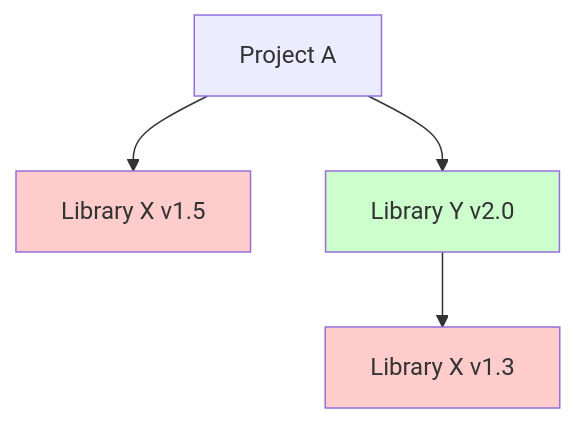
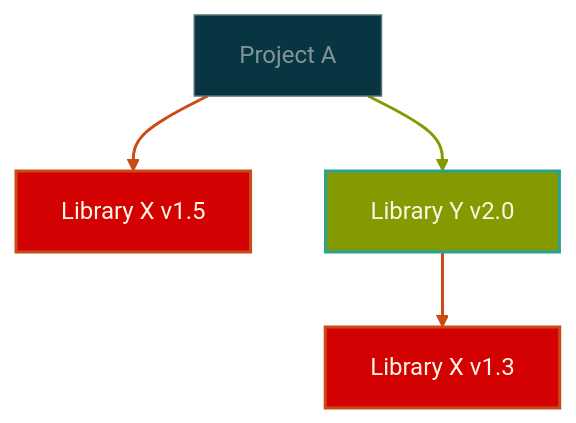
Before and after one commit to XIYO/en-us.posts: the diagram in posts/development/practices/semantic-versioning-evolution-and-philosophy.md, drawn with Mermaid.

Commit message:
feat: apply Solarized colors to Mermaid diagrams
- Use Solarized color scheme for better visibility
- Define custom styles for conflict/success/default states
- Add link styles for consistent appearance

````diff
--- a/posts/development/practices/semantic-versioning-evolution-and-philosophy.md
+++ b/posts/development/practices/semantic-versioning-evolution-and-philosophy.md
@@ -31,10 +31,20 @@
 ```mermaid
 graph TD
     A[Project A] --> X1[Library X v1.5]
     A --> Y[Library Y v2.0]
     Y --> X2[Library X v1.3]
     
-    style X1 fill:#ffcccc
-    style X2 fill:#ffcccc
-    style Y fill:#ccffcc
+    %% Solarized-based style definitions
+    classDef conflict fill:#d30102,stroke:#cb4b16,stroke-width:2px,color:#fdf6e3
+    classDef success fill:#859900,stroke:#2aa198,stroke-width:2px,color:#fdf6e3
+    classDef default fill:#073642,stroke:#586e75,stroke-width:1px,color:#839496
+    
+    class X1,X2 conflict
+    class Y success
+    class A default
+    
+    %% Link style definitions
+    linkStyle 0 stroke:#cb4b16,stroke-width:2px
+    linkStyle 1 stroke:#859900,stroke-width:2px
+    linkStyle 2 stroke:#cb4b16,stroke-width:2px
 ```
````
